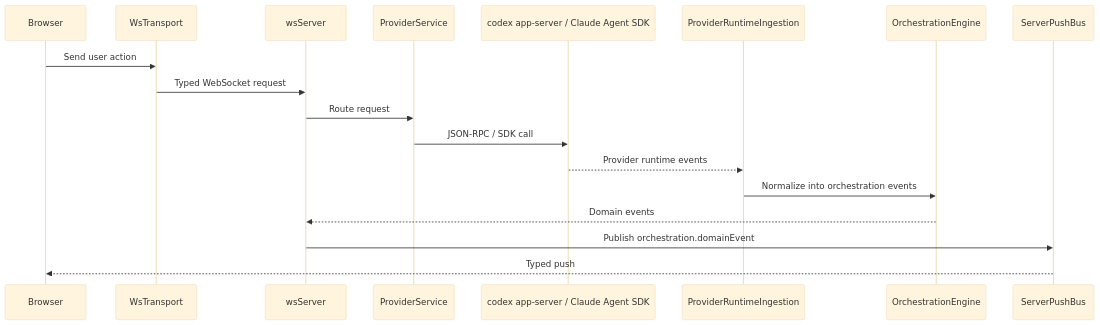
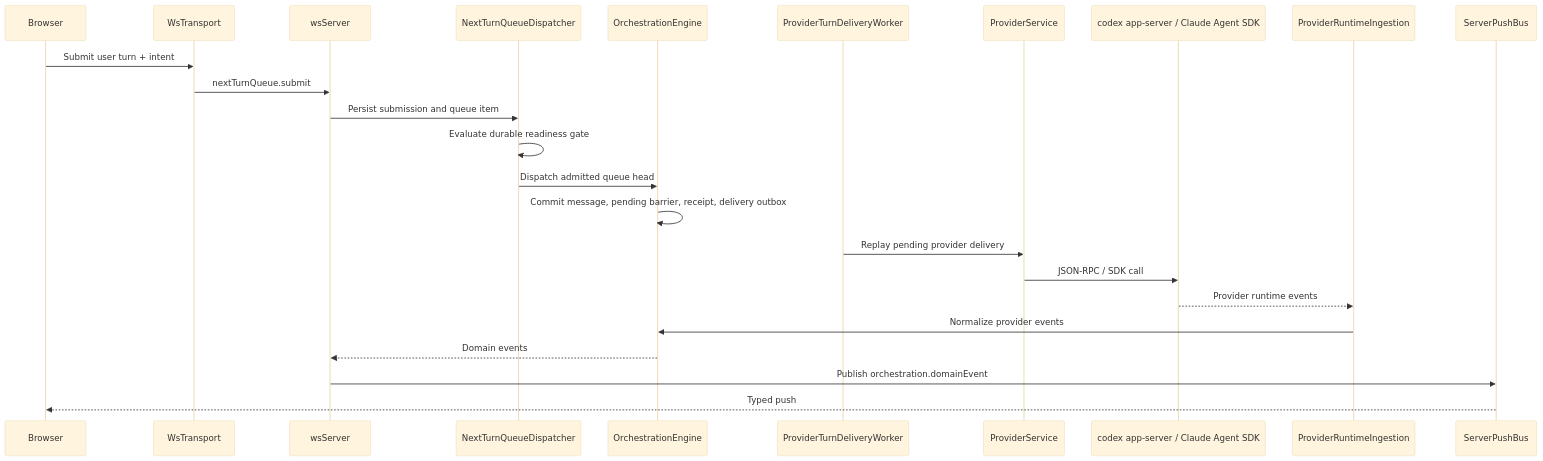
Before and after one commit to lopes-felipe/f5: the second of 3 diagrams in docs/architecture.md, drawn with Mermaid (base theme). The commit also changed other lines of this file and 104 other files, not shown here.

````diff
--- a/docs/architecture.md
+++ b/docs/architecture.md
@@ -77,21 +79,28 @@
 ```mermaid
 sequenceDiagram
     participant Browser
     participant Transport as WsTransport
     participant Server as wsServer
+    participant Queue as NextTurnQueueDispatcher
+    participant Engine as OrchestrationEngine
+    participant Delivery as ProviderTurnDeliveryWorker
     participant Provider as ProviderService
     participant ProviderProc as codex app-server / Claude Agent SDK
     participant Ingest as ProviderRuntimeIngestion
     participant Engine as OrchestrationEngine
     participant Push as ServerPushBus
 
-    Browser->>Transport: Send user action
-    Transport->>Server: Typed WebSocket request
-    Server->>Provider: Route request
+    Browser->>Transport: Submit user turn + intent
+    Transport->>Server: nextTurnQueue.submit
+    Server->>Queue: Persist submission and queue item
+    Queue->>Queue: Evaluate durable readiness gate
+    Queue->>Engine: Dispatch admitted queue head
+    Engine->>Engine: Commit message, pending barrier, receipt, delivery outbox
+    Delivery->>Provider: Replay pending provider delivery
     Provider->>ProviderProc: JSON-RPC / SDK call
     ProviderProc-->>Ingest: Provider runtime events
-    Ingest->>Engine: Normalize into orchestration events
+    Ingest->>Engine: Normalize provider events
     Engine-->>Server: Domain events
     Server->>Push: Publish orchestration.domainEvent
     Push-->>Browser: Typed push
 ```
````
